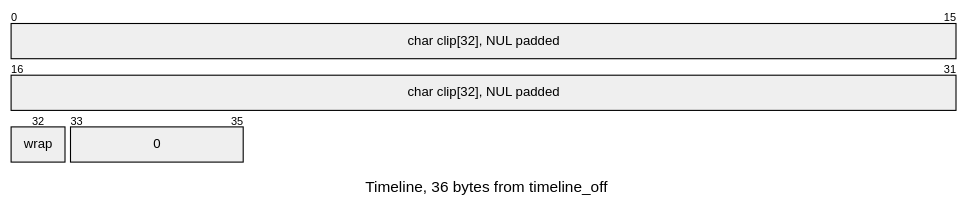
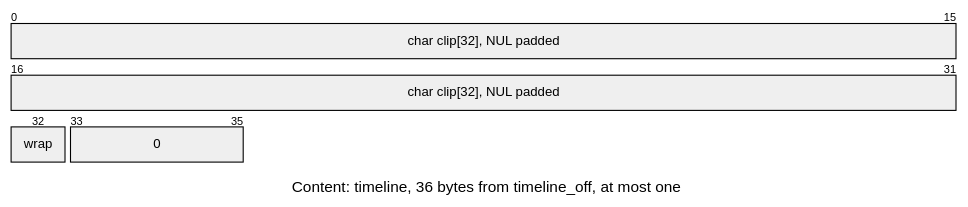
Before and after one commit to jose-villegas/autana: diagram 16 of 19 in docs/assets/formats/SCNE.md, drawn with Mermaid. The commit also changed other lines of this file and 19 other files, not shown here.

Commit message:
scene: enforce timeline field ownership and playback boundaries

````diff
--- a/docs/assets/formats/SCNE.md
+++ b/docs/assets/formats/SCNE.md
@@ -304,14 +265,14 @@
 ```mermaid
 ---
 config:
   themeCSS: "g:nth-of-type(2) rect:nth-of-type(1) { fill: #e3e3e3 !important; } g:nth-of-type(3) rect:nth-of-type(1) { fill: #e3e3e3 !important; } g:nth-of-type(4) rect:nth-of-type(1) { fill: #e3e3e3 !important; } g:nth-of-type(4) rect:nth-of-type(2) { fill: #ffffff !important; stroke-dasharray: 4 3 !important; } .packetLabel { fill: #1b1b1b !important; }"
   packet:
     bitsPerRow: 16
     bitWidth: 54
 ---
 packet-beta
-title Timeline, 36 bytes from timeline_off
+title Content: timeline, 36 bytes from timeline_off, at most one
 0-31: "char clip[32], NUL padded"
 32: "wrap"
 33-35: "0"
 ```
````
